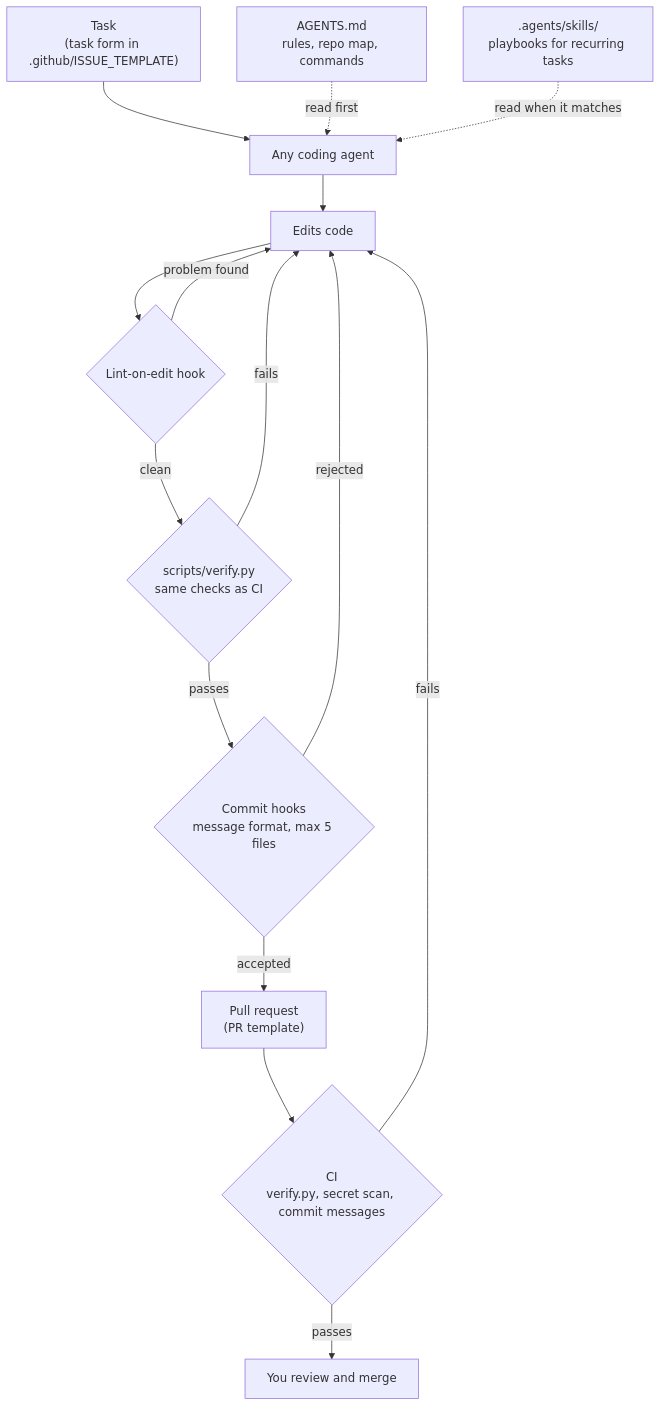
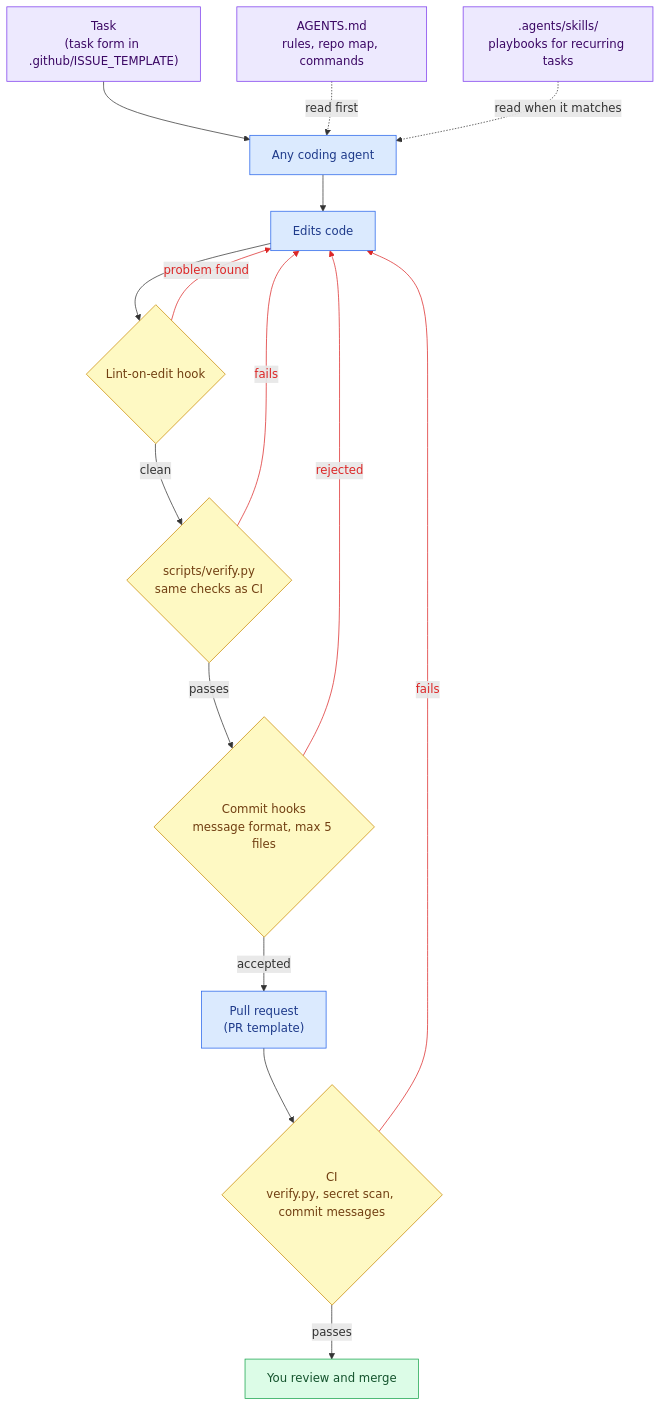
The first of 5 diagrams in README.md (luisenriquecgongora/agent-standards), drawn with Mermaid before and after one commit. The commit also changed other lines of this file and 4 other files, not shown here.

Commit message:
docs: add colored diagrams and explain the stamp file

````diff
--- a/README.md
+++ b/README.md
@@ -37,17 +37,27 @@
 ```mermaid
 flowchart TD
     task["Task<br/>(task form in .github/ISSUE_TEMPLATE)"] --> agent["Any coding agent"]
     agents["AGENTS.md<br/>rules, repo map, commands"] -.->|read first| agent
     skills[".agents/skills/<br/>playbooks for recurring tasks"] -.->|read when it matches| agent
     agent --> edit["Edits code"]
     edit --> lint{"Lint-on-edit hook"}
     lint -->|problem found| edit
     lint -->|clean| verify{"scripts/verify.py<br/>same checks as CI"}
     verify -->|fails| edit
     verify -->|passes| commit{"Commit hooks<br/>message format, max 5 files"}
     commit -->|rejected| edit
     commit -->|accepted| pr["Pull request<br/>(PR template)"]
     pr --> ci{"CI<br/>verify.py, secret scan, commit messages"}
     ci -->|fails| edit
     ci -->|passes| review["You review and merge"]
+
+    classDef input fill:#ede9fe,stroke:#7c3aed,color:#3b0764
+    classDef work fill:#dbeafe,stroke:#2563eb,color:#1e3a8a
+    classDef gate fill:#fef9c3,stroke:#ca8a04,color:#713f12
+    classDef done fill:#dcfce7,stroke:#16a34a,color:#14532d
+    class task,agents,skills input
+    class agent,edit,pr work
+    class lint,verify,commit,ci gate
+    class review done
+    linkStyle 5,7,9,12 stroke:#dc2626,color:#dc2626
 ```
````
